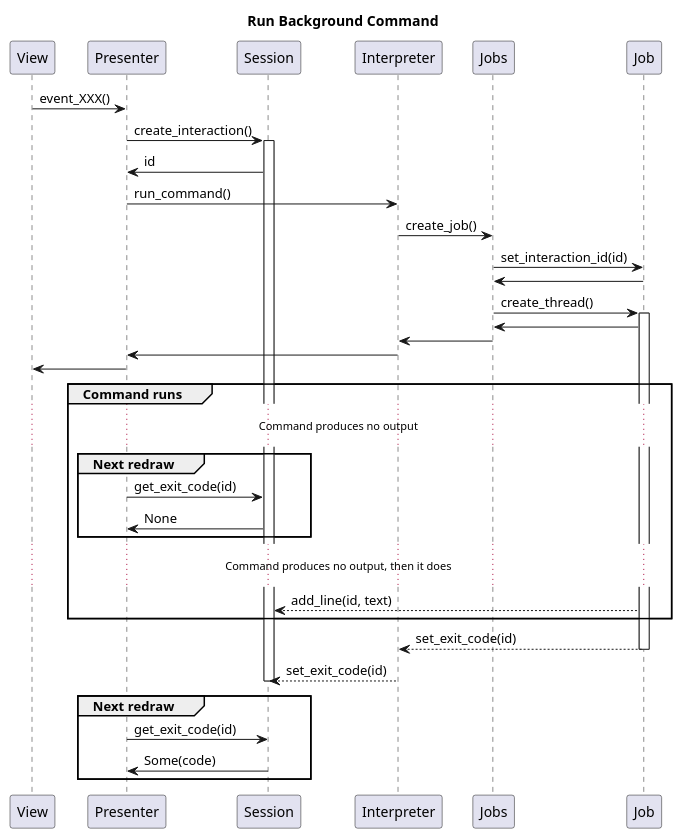
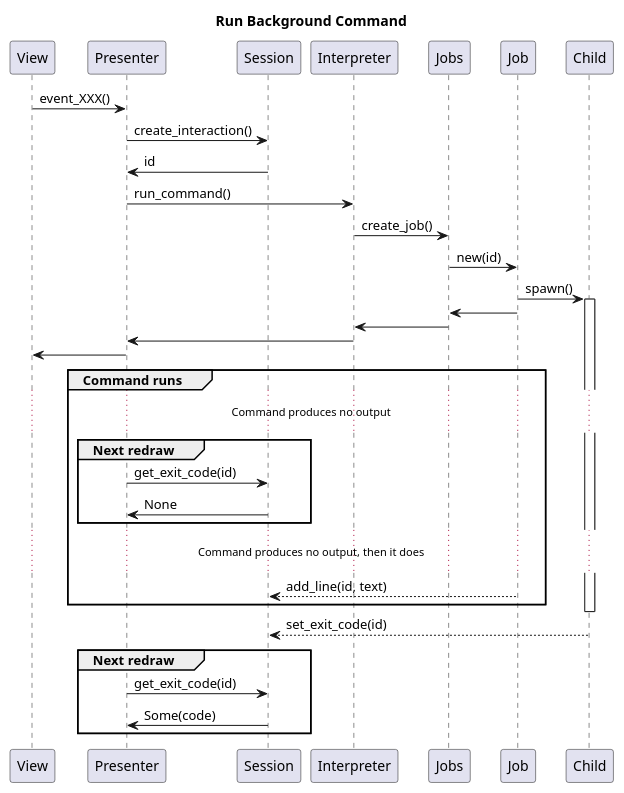
The fifth of 5 diagrams in doc/architecture.pu (LarsEKrueger/bite), drawn with PlantUML before and after one commit. The commit also changed other lines of this file, not shown here.

Commit message:
doc: Update architecture diagrams

```diff
--- a/doc/architecture.pu
+++ b/doc/architecture.pu
@@ -150,40 +156,36 @@
 @startuml
 title Run Background Command
 
 View -> Presenter : event_XXX()
 Presenter -> Session : create_interaction()
-activate Session
 Session -> Presenter : id
 
 Presenter -> Interpreter : run_command()
 Interpreter -> Jobs : create_job()
-Jobs -> Job : set_interaction_id(id)
-Job -> Jobs
-Jobs -> Job : create_thread()
-activate Job
+Jobs -> Job : new(id)
+Job -> Child : spawn()
+activate Child
 Job -> Jobs
 Jobs -> Interpreter
 Interpreter -> Presenter
 Presenter -> View
 
 group Command runs
   ... Command produces no output ...
   group Next redraw
     Presenter -> Session : get_exit_code(id)
     Session -> Presenter : None
   end
   ... Command produces no output, then it does ...
   Job --> Session : add_line(id, text)
 end
 
-Job --> Interpreter : set_exit_code(id)
-deactivate Job
-Interpreter --> Session : set_exit_code(id)
-deactivate Session
+deactivate Child
+Child --> Session : set_exit_code(id)
 
 group Next redraw
   Presenter -> Session : get_exit_code(id)
   Session -> Presenter : Some(code)
 end
 
 @enduml
```
